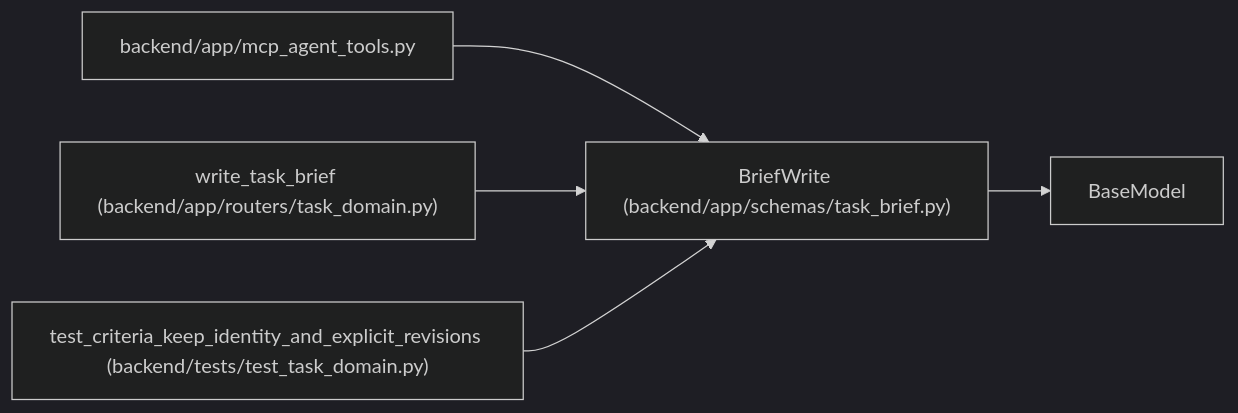
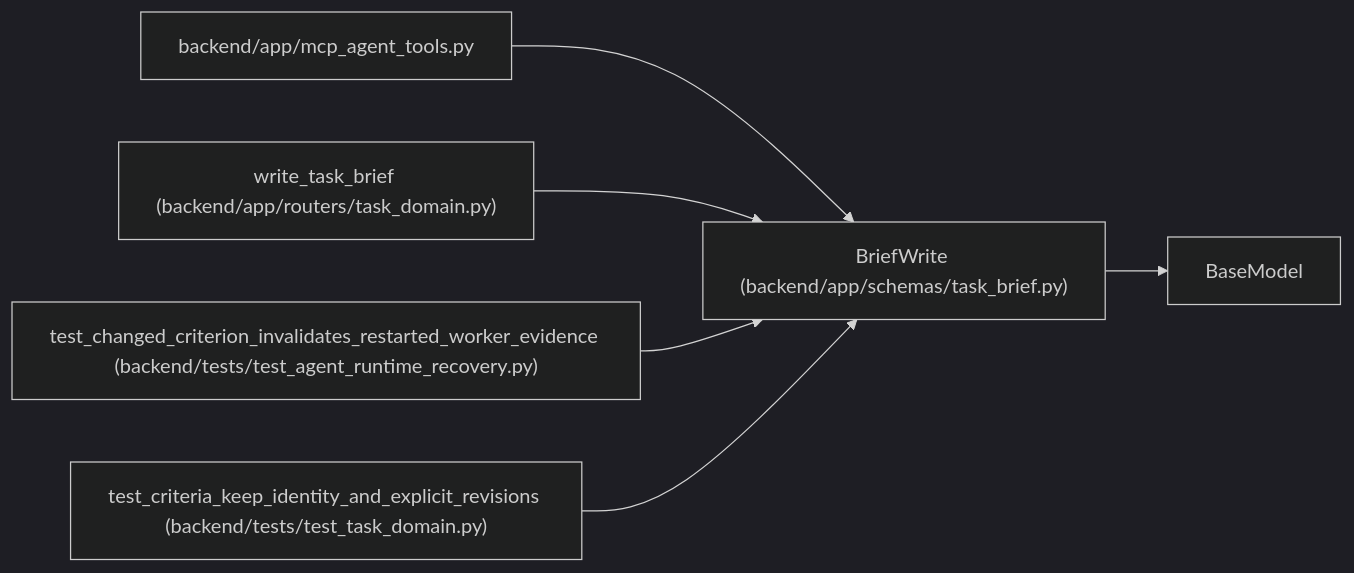
Before and after one commit to Denissvgn/WorkChord: the diagram in docs/llm_wiki/entities/BriefWrite.md, drawn with Mermaid (dark theme). The commit also changed other lines of this file and 6624 other files, not shown here.

First line of the commit message:
Add verified Android workflows and external-agent execution evidence (#8)

````diff
--- a/docs/llm_wiki/entities/BriefWrite.md
+++ b/docs/llm_wiki/entities/BriefWrite.md
@@ -32,16 +32,19 @@
 ```mermaid
 flowchart LR
     n0["BriefWrite (backend/app/schemas/task_brief.py)"]
     n1["BaseModel"]
     n2["backend/app/mcp_agent_tools.py"]
     n3["write_task_brief (backend/app/routers/task_domain.py)"]
-    n4["test_criteria_keep_identity_and_explicit_revisions (backend/tests/test_task_domain.py)"]
+    n4["test_changed_criterion_invalidates_restarted_worker_evidence (backend/tests/test_agent_runtime_recovery.py)"]
+    n5["test_criteria_keep_identity_and_explicit_revisions (backend/tests/test_task_domain.py)"]
     n0 --> n1
     n2 --> n0
     n3 --> n0
     n4 --> n0
+    n5 --> n0
     click n0 "../modules/schemas_task_brief.md"
     click n2 "../modules/mcp_agent_tools.md"
     click n3 "../modules/routers_task_domain.md"
-    click n4 "../modules/test_task_domain.md"
+    click n4 "../modules/test_agent_runtime_recovery.md"
+    click n5 "../modules/test_task_domain.md"
 ```
````
